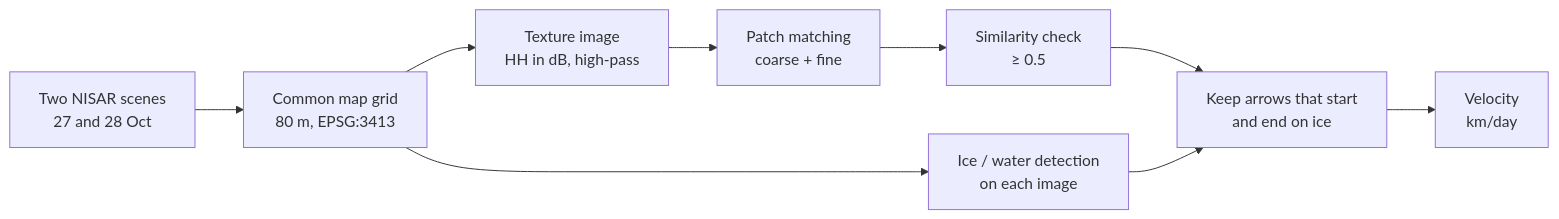
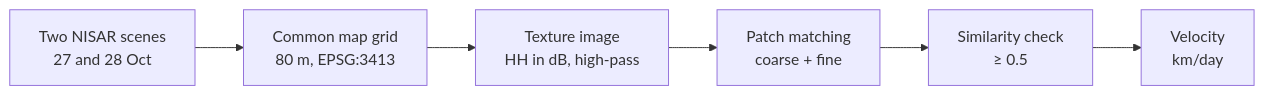
Before and after one commit to SweetBoySavage/iceraider: the diagram in docs/ice_tracking.md, drawn with Mermaid. The commit also changed other lines of this file and 4 other files, not shown here.

````diff
--- a/docs/ice_tracking.md
+++ b/docs/ice_tracking.md
@@ -11,11 +11,8 @@
 ```mermaid
 flowchart LR
     A["Two NISAR scenes<br/>27 and 28 Oct"] --> B["Common map grid<br/>80 m, EPSG:3413"]
     B --> C["Texture image<br/>HH in dB, high-pass"]
     C --> D["Patch matching<br/>coarse + fine"]
     D --> E["Similarity check<br/>≥ 0.5"]
-    B --> M["Ice / water detection<br/>on each image"]
-    E --> F["Keep arrows that start<br/>and end on ice"]
-    M --> F
-    F --> G["Velocity<br/>km/day"]
+    E --> G["Velocity<br/>km/day"]
 ```
````
